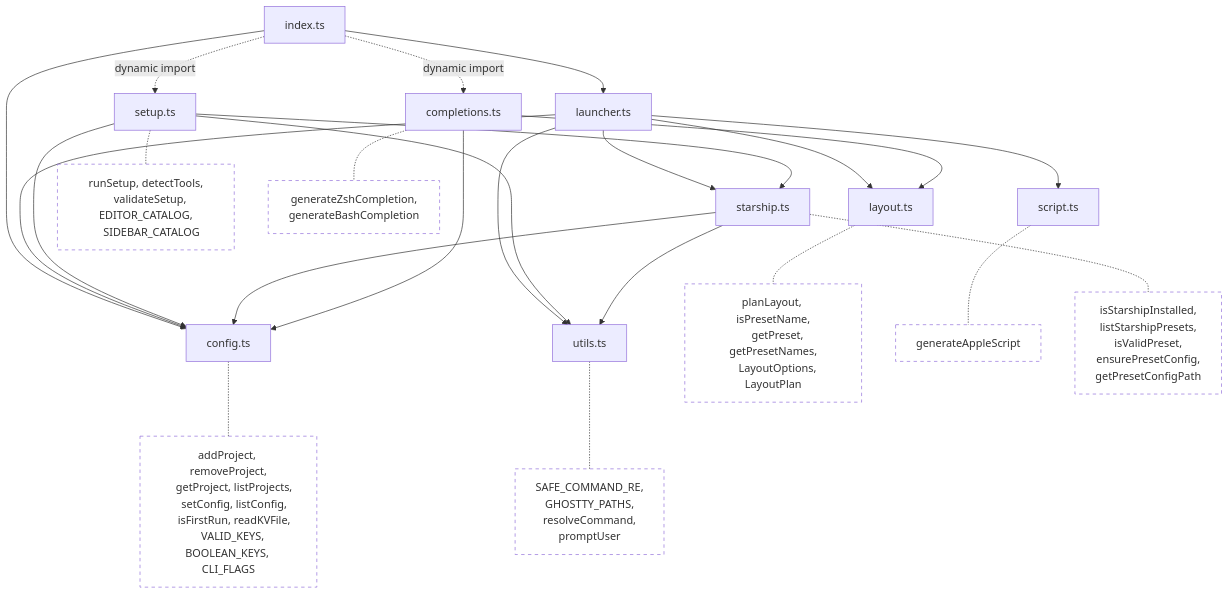
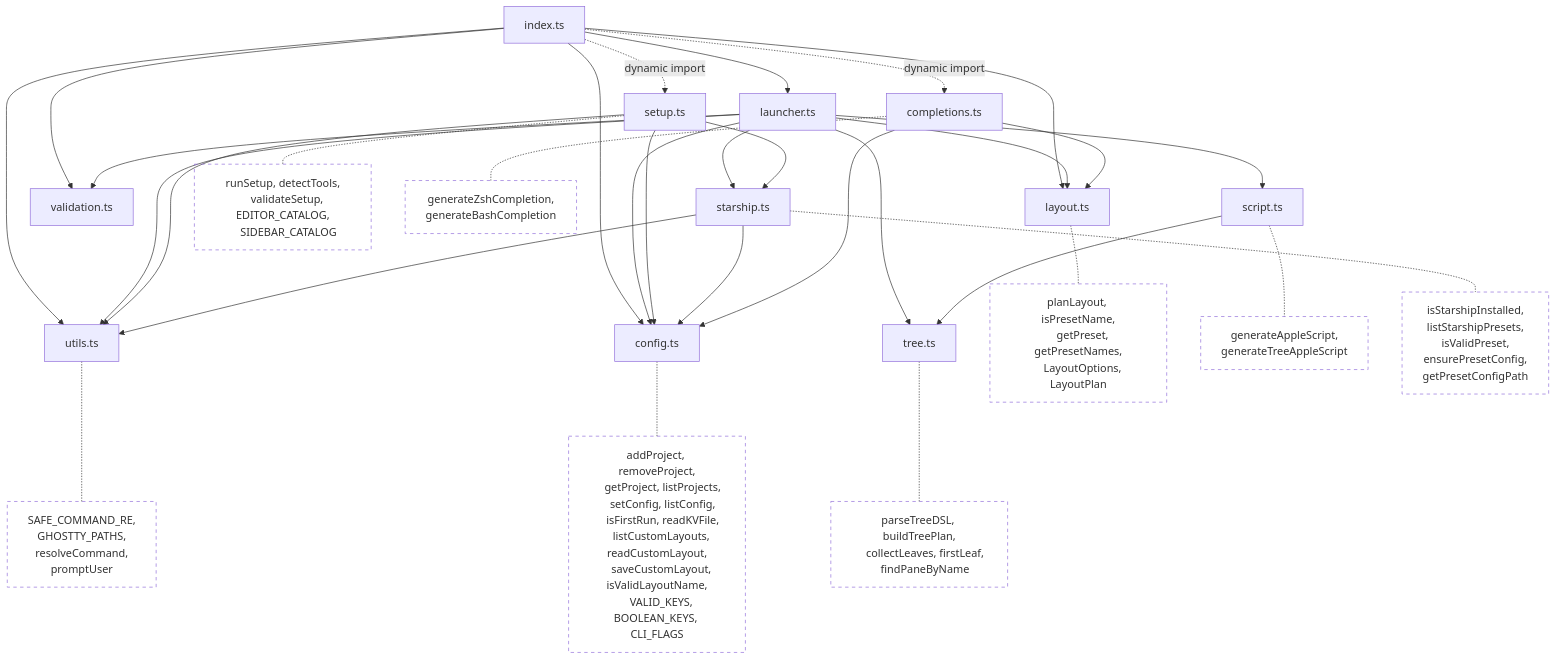
The first of 4 diagrams in docs/architecture.md (juan294/summon), drawn with Mermaid before and after one commit. The commit also changed other lines of this file and 6 other files, not shown here.

First line of the commit message:
docs: update all documentation for custom layout builder

````diff
--- a/docs/architecture.md
+++ b/docs/architecture.md
@@ -24,51 +25,64 @@
 ```mermaid
 graph TD
     index[index.ts] --> config[config.ts]
     index --> launcher[launcher.ts]
+    index --> layout[layout.ts]
+    index --> validation[validation.ts]
+    index --> utils[utils.ts]
     index -.->|dynamic import| setup[setup.ts]
     index -.->|dynamic import| completions[completions.ts]
     launcher --> config
-    launcher --> layout[layout.ts]
+    launcher --> layout
     launcher --> script[script.ts]
-    launcher --> utils[utils.ts]
+    launcher --> tree[tree.ts]
+    launcher --> utils
+    launcher --> validation
     launcher --> starship[starship.ts]
+    script --> tree
     setup --> config
     setup --> utils
     setup --> starship
     starship --> config
     starship --> utils
     completions --> config
     completions --> layout
 
     config -.- cfg_fns["addProject, removeProject,
     getProject, listProjects,
     setConfig, listConfig,
     isFirstRun, readKVFile,
+    listCustomLayouts, readCustomLayout,
+    saveCustomLayout, isValidLayoutName,
     VALID_KEYS, BOOLEAN_KEYS, CLI_FLAGS"]
     layout -.- lay_fns["planLayout, isPresetName,
     getPreset, getPresetNames,
     LayoutOptions, LayoutPlan"]
-    script -.- scr_fns["generateAppleScript"]
+    script -.- scr_fns["generateAppleScript,
+    generateTreeAppleScript"]
+    tree -.- tree_fns["parseTreeDSL, buildTreePlan,
+    collectLeaves, firstLeaf,
+    findPaneByName"]
     utils -.- util_fns["SAFE_COMMAND_RE,
     GHOSTTY_PATHS,
     resolveCommand,
     promptUser"]
     starship -.- star_fns["isStarshipInstalled,
     listStarshipPresets,
     isValidPreset,
     ensurePresetConfig,
     getPresetConfigPath"]
     setup -.- setup_fns["runSetup, detectTools,
     validateSetup, EDITOR_CATALOG,
     SIDEBAR_CATALOG"]
     completions -.- comp_fns["generateZshCompletion,
     generateBashCompletion"]
 
     style cfg_fns fill:none,stroke-dasharray:5
     style lay_fns fill:none,stroke-dasharray:5
     style scr_fns fill:none,stroke-dasharray:5
+    style tree_fns fill:none,stroke-dasharray:5
     style util_fns fill:none,stroke-dasharray:5
     style setup_fns fill:none,stroke-dasharray:5
     style star_fns fill:none,stroke-dasharray:5
     style comp_fns fill:none,stroke-dasharray:5
 ```
````
